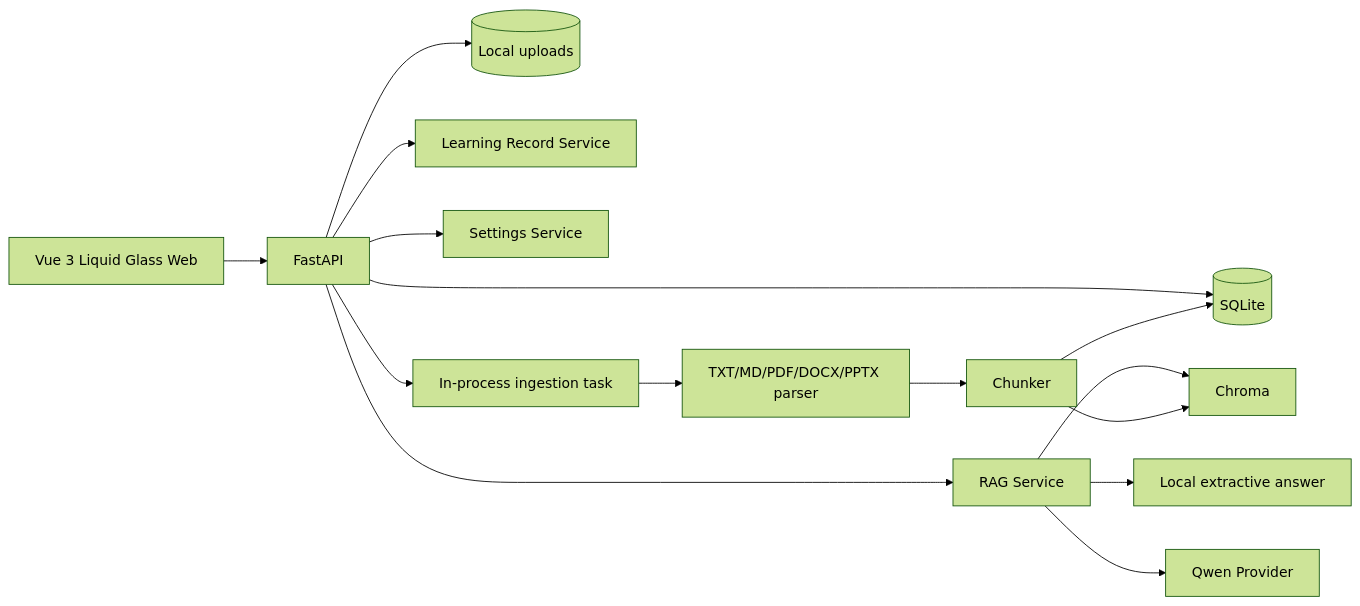
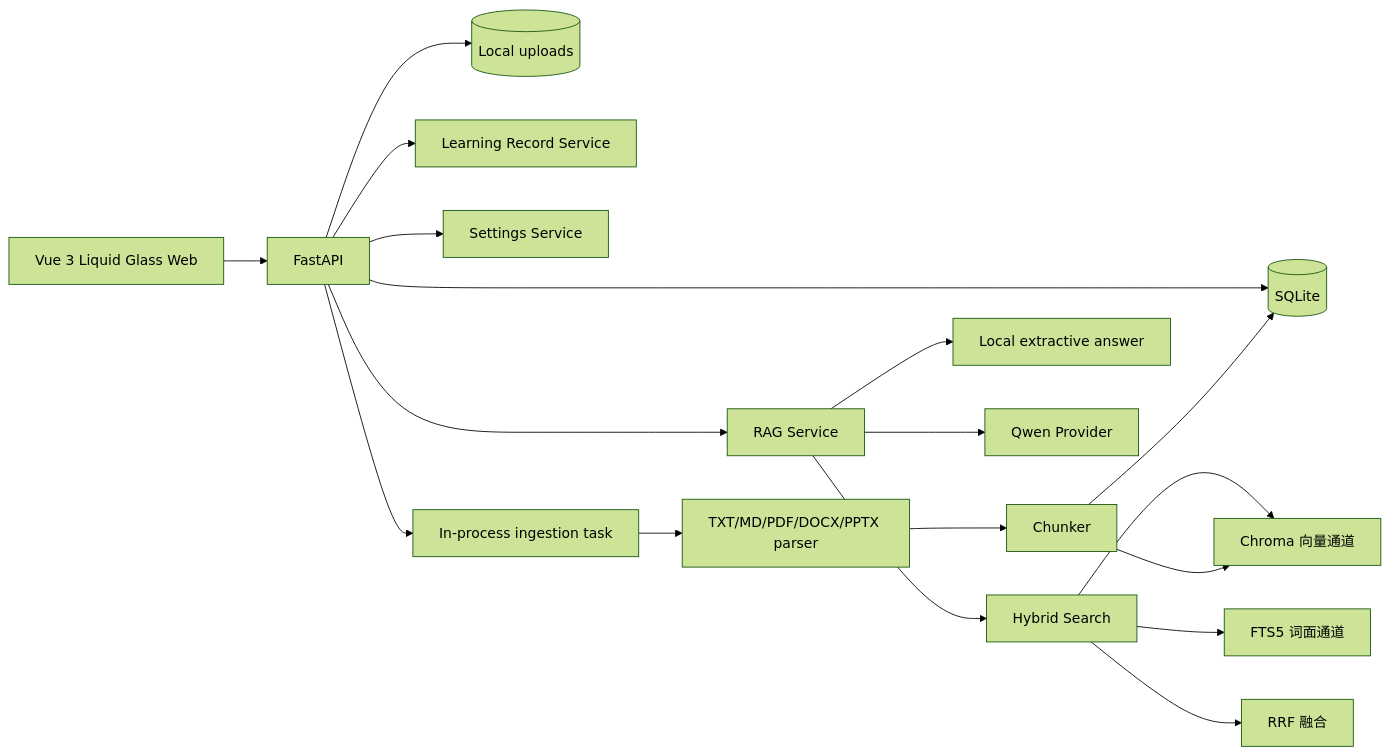
Before and after one commit to LBStruggleee/KnowFlow: the diagram in docs/技术方案.md, drawn with Mermaid (forest theme). The commit also changed other lines of this file and 16 other files, not shown here.

````diff
--- a/docs/技术方案.md
+++ b/docs/技术方案.md
@@ -17,19 +19,22 @@
 ```mermaid
 flowchart LR
     Web[Vue 3 Liquid Glass Web] --> API[FastAPI]
     API --> DB[(SQLite)]
     API --> Files[(Local uploads)]
     API --> RAG[RAG Service]
     API --> Learning[Learning Record Service]
     API --> Settings[Settings Service]
 
-    RAG --> Vector[Chroma]
+    RAG --> Hybrid[Hybrid Search]
+    Hybrid --> Vector[Chroma 向量通道]
+    Hybrid --> Lexical[FTS5 词面通道]
+    Hybrid --> RRF[RRF 融合]
     RAG --> Local[Local extractive answer]
     RAG --> Cloud[Qwen Provider]
 
     API --> Task[In-process ingestion task]
     Task --> Parser[TXT/MD/PDF/DOCX/PPTX parser]
     Parser --> Chunker[Chunker]
     Chunker --> DB
     Chunker --> Vector
 ```
````
